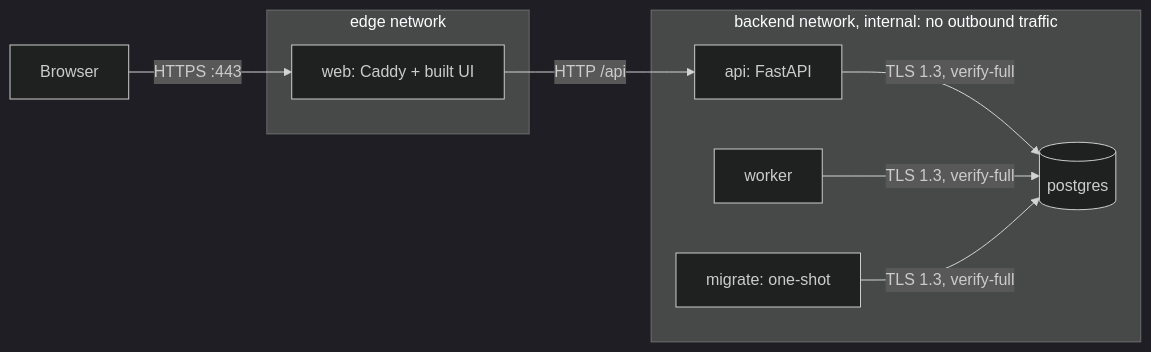
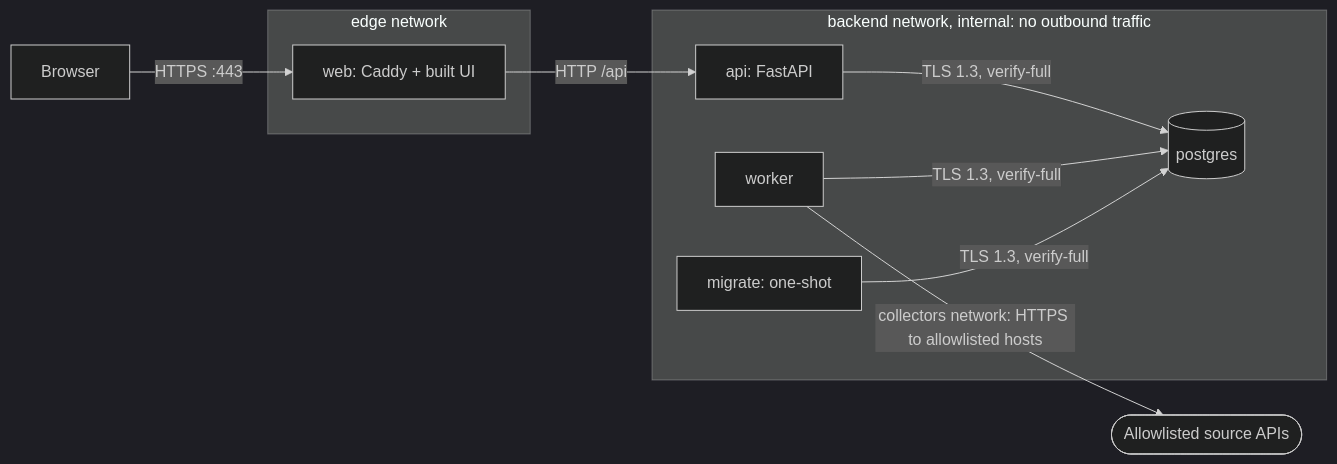
One commit to FlavioImbertDomingos/dsec-metrics changed the second of 2 diagrams in docs/architecture.md. Above: the diagram before and after it, drawn with Mermaid (dark theme). The commit also changed other lines of this file and 18 other files, not shown here.

````diff
--- a/docs/architecture.md
+++ b/docs/architecture.md
@@ -40,17 +40,19 @@
 ```mermaid
 flowchart LR
   browser[Browser] -- "HTTPS :443" --> web
   subgraph edge[edge network]
     web[web: Caddy + built UI]
   end
   subgraph backend[backend network, internal: no outbound traffic]
     api[api: FastAPI]
     worker[worker]
     migrate[migrate: one-shot]
     pg[(postgres)]
   end
+  sources([Allowlisted source APIs])
   web -- "HTTP /api" --> api
+  worker -- "collectors network: HTTPS to allowlisted hosts" --> sources
   api -- "TLS 1.3, verify-full" --> pg
   worker -- "TLS 1.3, verify-full" --> pg
   migrate -- "TLS 1.3, verify-full" --> pg
 ```
````
